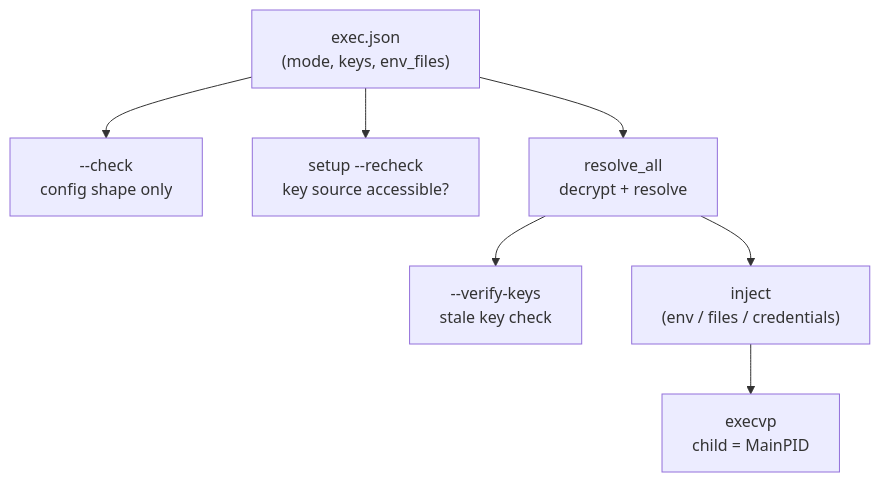
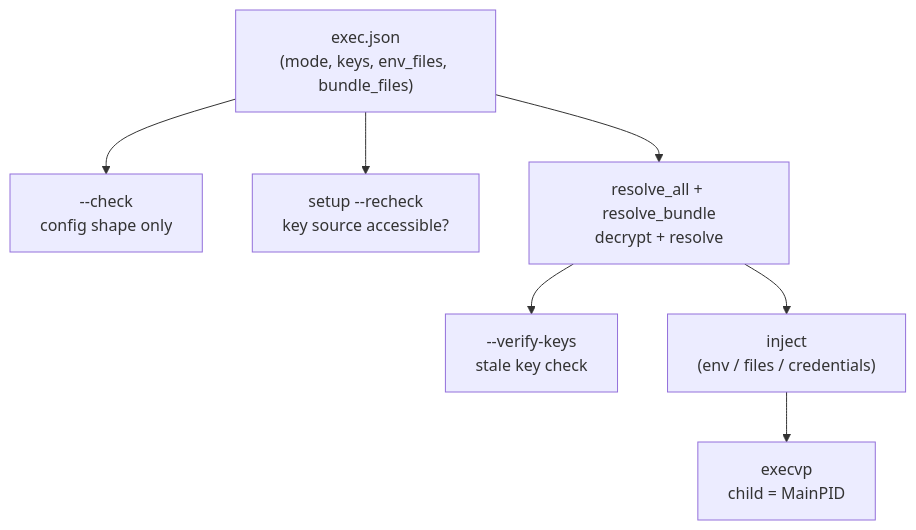
The diagram in docs/src/reference/launcher-contract.md (beardedeagle/postmaster), drawn with Mermaid before and after one commit. The commit also changed other lines of this file and 46 other files, not shown here.

First line of the commit message:
fix: isolate launch keys and own bundle AAD decoding

````diff
--- a/docs/src/reference/launcher-contract.md
+++ b/docs/src/reference/launcher-contract.md
@@ -56,17 +53,17 @@
 ```mermaid
 flowchart TD
-    cfg["exec.json\n(mode, keys, env_files)"]
+    cfg["exec.json\n(mode, keys, env_files, bundle_files)"]
     check["--check\nconfig shape only"]
     recheck["setup --recheck\nkey source accessible?"]
-    resolve["resolve_all\ndecrypt + resolve"]
+    resolve["resolve_all + resolve_bundle\ndecrypt + resolve"]
     verify["--verify-keys\nstale key check"]
     inject["inject\n(env / files / credentials)"]
     execvp["execvp\nchild = MainPID"]
 
     cfg --> check
     cfg --> recheck
     cfg --> resolve
     resolve --> verify
     resolve --> inject
     inject --> execvp
 ```
````
